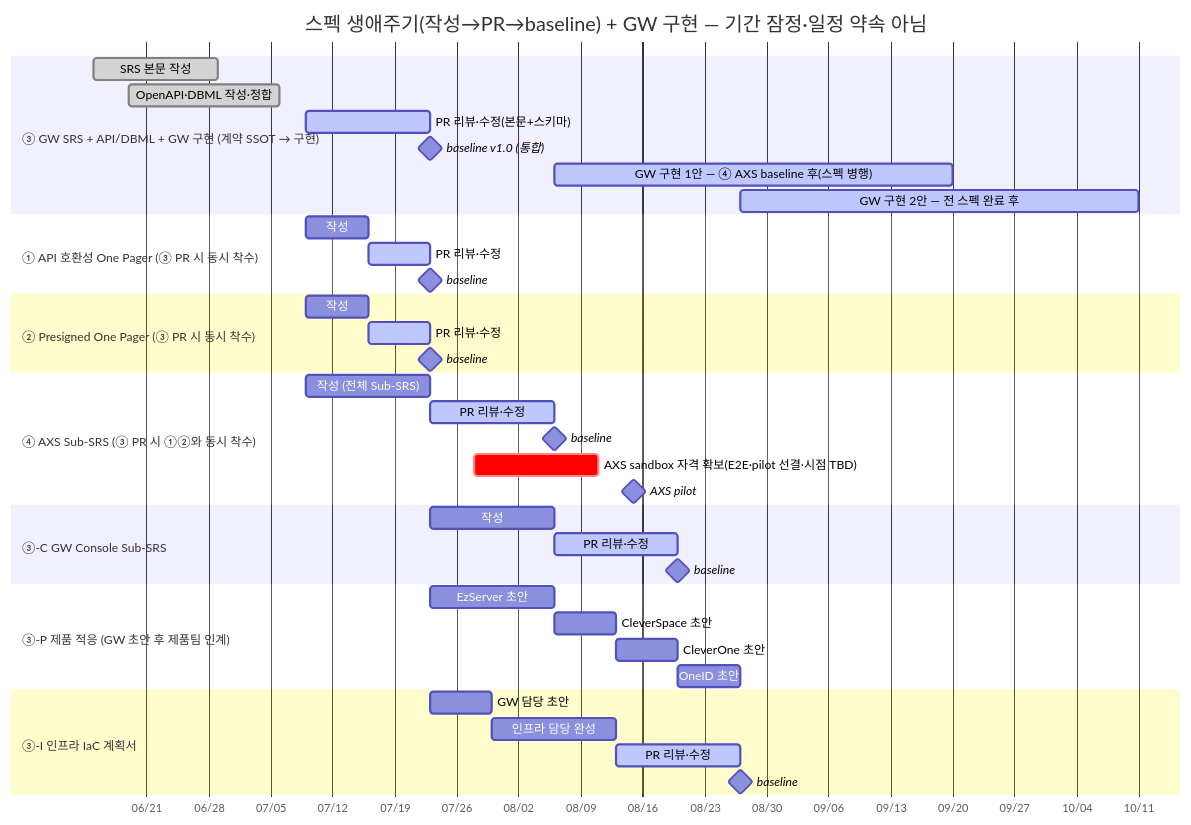
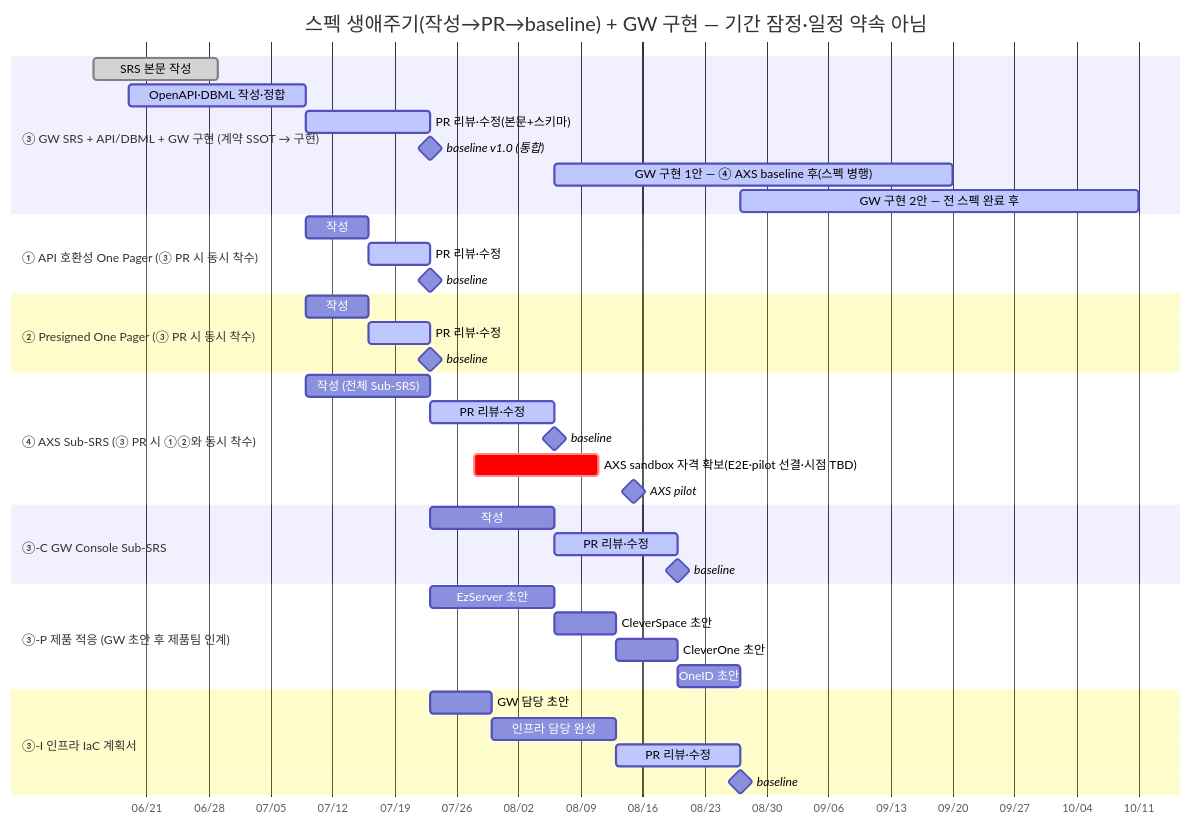
Diagram 14 of 14 in docs/VT_API_Gateway/08.VT_API_Gateway/VT API Gateway — PRD (v2)/VT API Gateway — 개발 Roadmap 결정.md (gracegyu/scp-architecture), drawn with Mermaid before and after one commit. The commit also changed 1 other file, not shown here.

Commit message:
문서 업데이트: VT API Gateway의 주간회의 아젠다에서 GW SRS 본문 정합화 진행 상황을 반영하고, 라우팅 모델 전환 및 업로드 모델 변경 사항을 명확히 하였습니다. 또한, EKS 정합 스택 정리와 분배 지식 DB 및 관리 API 추가에 대한 내용을 포함하여 시스템의 일관성을 강화하였습니다. 캐시 엔진 전환 및 환경 매트릭스 정리, 구조화 로그 정의 등도 업데이트하여 문서의 명확성을 높였습니다.

````diff
--- a/docs/VT_API_Gateway/08.VT_API_Gateway/VT API Gateway — PRD (v2)/VT API Gateway — 개발 Roadmap 결정.md
+++ b/docs/VT_API_Gateway/08.VT_API_Gateway/VT API Gateway — PRD (v2)/VT API Gateway — 개발 Roadmap 결정.md
@@ -698,49 +698,49 @@
 ```mermaid
 gantt
     title 스펙 생애주기(작성→PR→baseline) + GW 구현 — 기간 잠정·일정 약속 아님
     dateFormat YYYY-MM-DD
     axisFormat %m/%d
     todayMarker stroke-width:3px,stroke:#d33,opacity:0.6
 
     section ③ GW SRS + API/DBML + GW 구현 (계약 SSOT → 구현)
     SRS 본문 작성            :done, srsw, 2026-06-15, 14d
-    OpenAPI·DBML 작성·정합   :done, designw, 2026-06-19, 17d
+    OpenAPI·DBML 작성·정합   :active, designw, 2026-06-19, 20d
     PR 리뷰·수정(본문+스키마) :active, srspr, 2026-07-09, 14d
     baseline v1.0 (통합)     :milestone, srsbl, after srspr, 0d
     GW 구현 1안 — ④ AXS baseline 후(스펙 병행) :active, impl1, after axsbl, 45d
     GW 구현 2안 — 전 스펙 완료 후 :active, impl2, after conbl infbl oidw, 45d
 
     section ① API 호환성 One Pager (③ PR 시 동시 착수)
     작성                  :op1w, 2026-07-09, 7d
     PR 리뷰·수정          :active, op1pr, after op1w, 7d
     baseline              :milestone, op1bl, after op1pr, 0d
 
     section ② Presigned One Pager (③ PR 시 동시 착수)
     작성                  :op2w, 2026-07-09, 7d
     PR 리뷰·수정          :active, op2pr, after op2w, 7d
     baseline              :milestone, op2bl, after op2pr, 0d
 
     section ④ AXS Sub-SRS (③ PR 시 ①②와 동시 착수)
     작성 (전체 Sub-SRS)    :axsw, 2026-07-09, 14d
     PR 리뷰·수정          :active, axspr, after axsw, 14d
     baseline              :milestone, axsbl, after axspr, 0d
     AXS sandbox 자격 확보(E2E·pilot 선결·시점 TBD) :crit, cred, 2026-07-28, 14d
     AXS pilot             :milestone, pilot, 2026-08-15, 0d
 
     section ③-C GW Console Sub-SRS
     작성                  :conw, after srsbl, 14d
     PR 리뷰·수정          :active, conpr, after conw, 14d
     baseline              :milestone, conbl, after conpr, 0d
 
     section ③-P 제품 적응 (GW 초안 후 제품팀 인계)
     EzServer 초안         :ezw, after srsbl, 14d
     CleverSpace 초안      :csw, after ezw, 7d
     CleverOne 초안        :cow, after csw, 7d
     OneID 초안            :oidw, after cow, 7d
 
     section ③-I 인프라 IaC 계획서
     GW 담당 초안          :infw1, after srsbl, 7d
     인프라 담당 완성       :infw2, after infw1, 14d
     PR 리뷰·수정          :active, infpr, after infw2, 14d
     baseline              :milestone, infbl, after infpr, 0d
 ```
````
